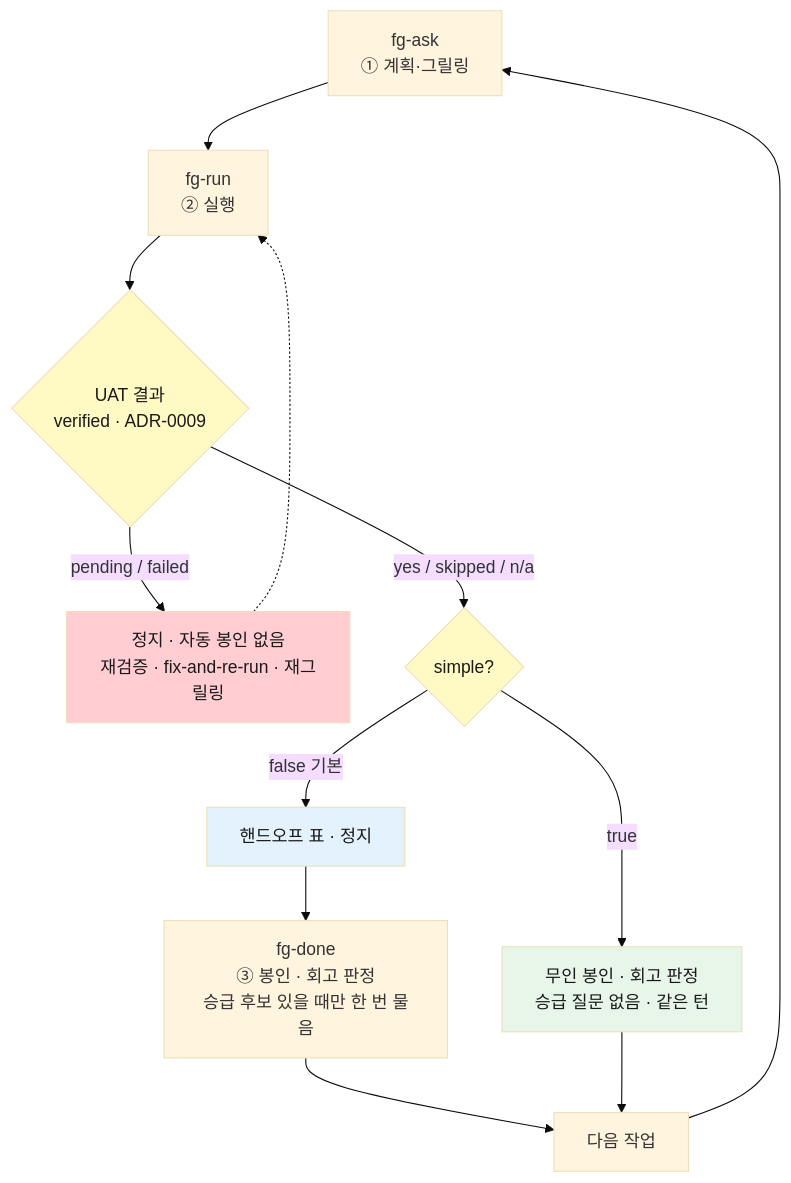
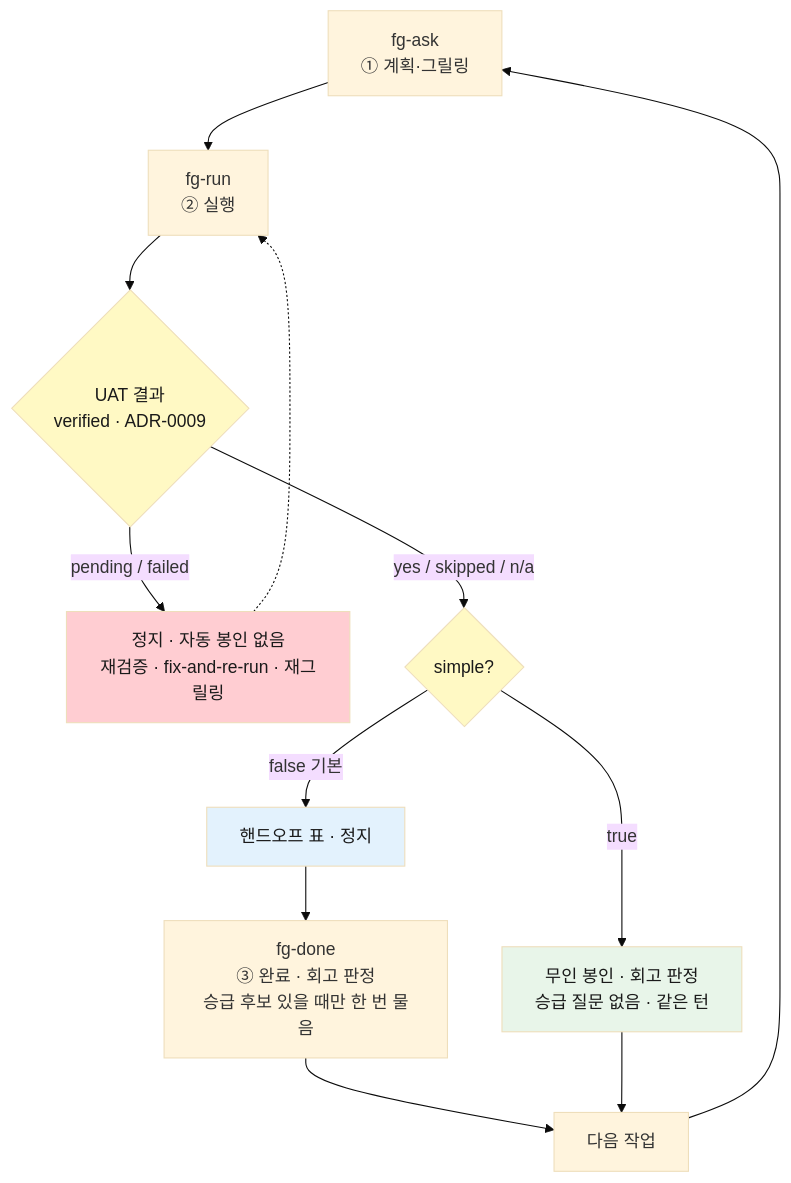
One commit to gyuha/forge changed the diagram in docs/config-modes.md. Above: the diagram before and after it, drawn with Mermaid (base theme). The commit also changed other lines of this file and 58 other files, not shown here.

````diff
--- a/docs/config-modes.md
+++ b/docs/config-modes.md
@@ -71,19 +71,19 @@
 ```mermaid
 flowchart TD
     ASK[fg-ask<br/>① 계획·그릴링] --> RUN[fg-run<br/>② 실행]
     RUN --> UAT{UAT 결과<br/>verified · ADR-0009}
     UAT -->|pending / failed| STOP[정지 · 자동 봉인 없음<br/>재검증 · fix-and-re-run · 재그릴링]
     STOP -.-> RUN
     UAT -->|yes / skipped / n/a| S{simple?}
     S -->|false 기본| HAND[핸드오프 표 · 정지]
-    HAND --> DONE1[fg-done<br/>③ 봉인 · 회고 판정<br/>승급 후보 있을 때만 한 번 물음]
+    HAND --> DONE1[fg-done<br/>③ 완료 · 회고 판정<br/>승급 후보 있을 때만 한 번 물음]
     S -->|true| AUTO[무인 봉인 · 회고 판정<br/>승급 질문 없음 · 같은 턴]
     DONE1 --> NEXT[다음 작업]
     AUTO --> NEXT
     NEXT --> ASK
     style UAT fill:#fff9c4,color:#1a1a1a
     style S fill:#fff9c4,color:#1a1a1a
     style AUTO fill:#e8f5e9,color:#1a1a1a
     style STOP fill:#ffcdd2,color:#1a1a1a
     style HAND fill:#e3f2fd,color:#1a1a1a
 ```
````
